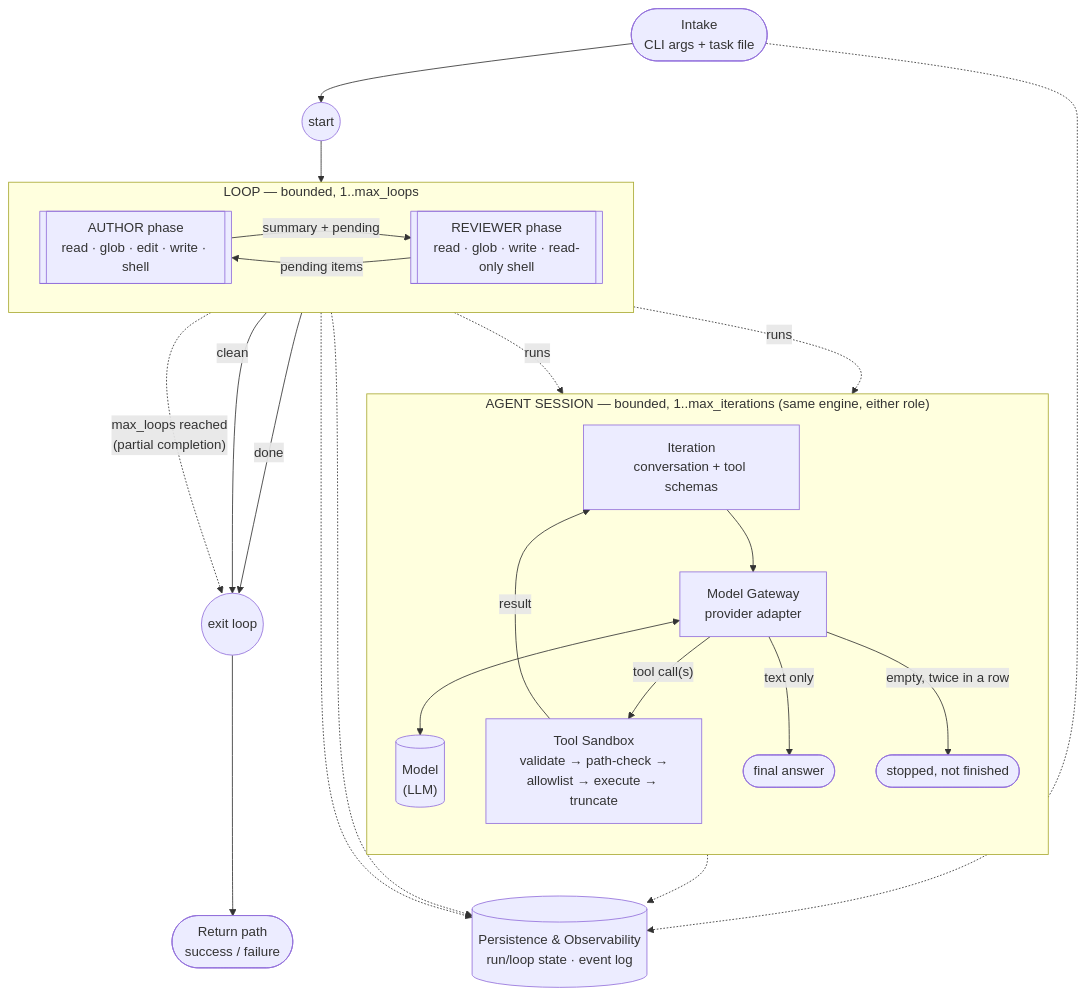
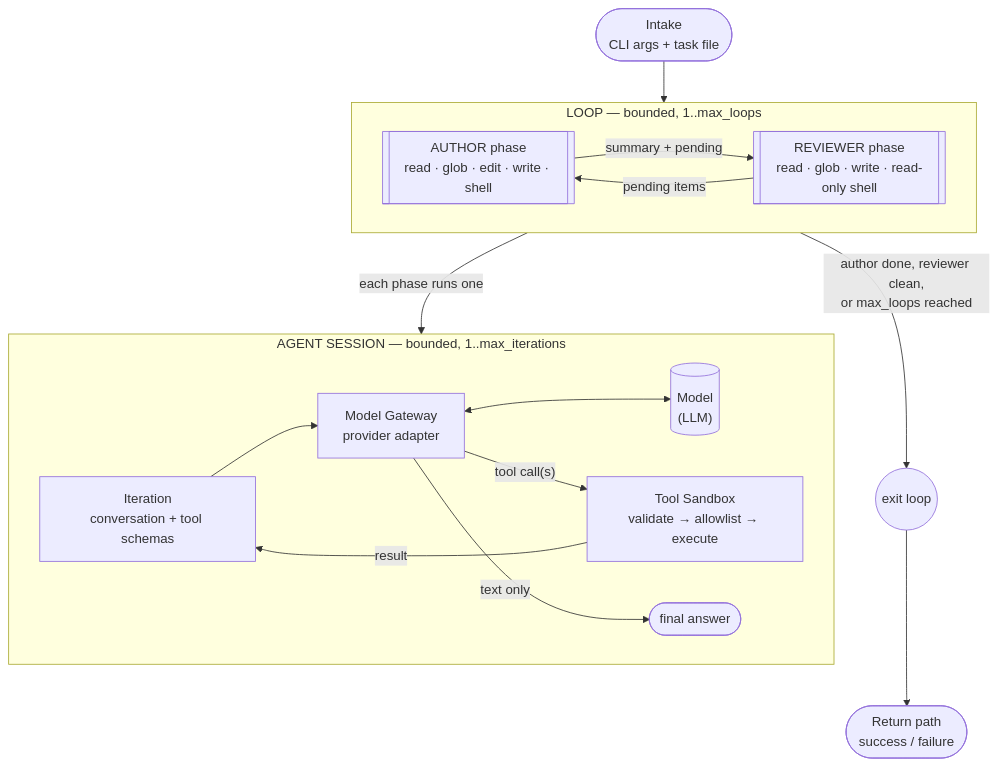
Before and after one commit to Lab-Notebooks/CS-Loop: the diagram in AGENTS.md, drawn with Mermaid. The commit also changed other lines of this file, not shown here.

Commit message:
Update the graph in AGENTS.md

````diff
--- a/AGENTS.md
+++ b/AGENTS.md
@@ -7,38 +7,24 @@
 ```mermaid
 flowchart TD
-    INTAKE(["Intake\nCLI args + task file"]) --> START((start))
-    START --> AUTHOR
+    INTAKE(["Intake<br/>CLI args + task file"]) --> LOOP
 
     subgraph LOOP["LOOP — bounded, 1..max_loops"]
-        direction LR
-        AUTHOR[["AUTHOR phase\nread · glob · edit · write · shell"]]
-        REVIEWER[["REVIEWER phase\nread · glob · write · read-only shell"]]
+        AUTHOR[["AUTHOR phase<br/>read · glob · edit · write · shell"]]
+        REVIEWER[["REVIEWER phase<br/>read · glob · write · read-only shell"]]
         AUTHOR -- "summary + pending" --> REVIEWER
         REVIEWER -- "pending items" --> AUTHOR
     end
 
-    AUTHOR -- "done" --> EXIT((exit loop))
-    REVIEWER -- "clean" --> EXIT
-    LOOP -. "max_loops reached\n(partial completion)" .-> EXIT
+    LOOP -- "author done, reviewer clean,<br/>or max_loops reached" --> EXIT((exit loop))
+    LOOP -- "each phase runs one" --> SESSION
 
-    AUTHOR -. runs .-> SESSION
-    REVIEWER -. runs .-> SESSION
-
-    subgraph SESSION["AGENT SESSION — bounded, 1..max_iterations (same engine, either role)"]
-        direction TB
-        ITER["Iteration\nconversation + tool schemas"] --> GATEWAY["Model Gateway\nprovider adapter"]
-        GATEWAY <--> MODEL[("Model\n(LLM)")]
-        GATEWAY -- "tool call(s)" --> SANDBOX["Tool Sandbox\nvalidate → path-check →\nallowlist → execute → truncate"]
+    subgraph SESSION["AGENT SESSION — bounded, 1..max_iterations"]
+        ITER["Iteration<br/>conversation + tool schemas"] --> GATEWAY["Model Gateway<br/>provider adapter"]
+        GATEWAY <--> MODEL[("Model<br/>(LLM)")]
+        GATEWAY -- "tool call(s)" --> SANDBOX["Tool Sandbox<br/>validate → allowlist → execute"]
         SANDBOX -- "result" --> ITER
         GATEWAY -- "text only" --> FINAL(["final answer"])
-        GATEWAY -- "empty, twice in a row" --> STOPPED(["stopped, not finished"])
     end
 
-    EXIT --> RETURN(["Return path\nsuccess / failure"])
-
-    PERSIST[("Persistence & Observability\nrun/loop state · event log")]
-    INTAKE -.-> PERSIST
-    AUTHOR -.-> PERSIST
-    REVIEWER -.-> PERSIST
-    SESSION -.-> PERSIST
+    EXIT --> RETURN(["Return path<br/>success / failure"])
 ```
````
